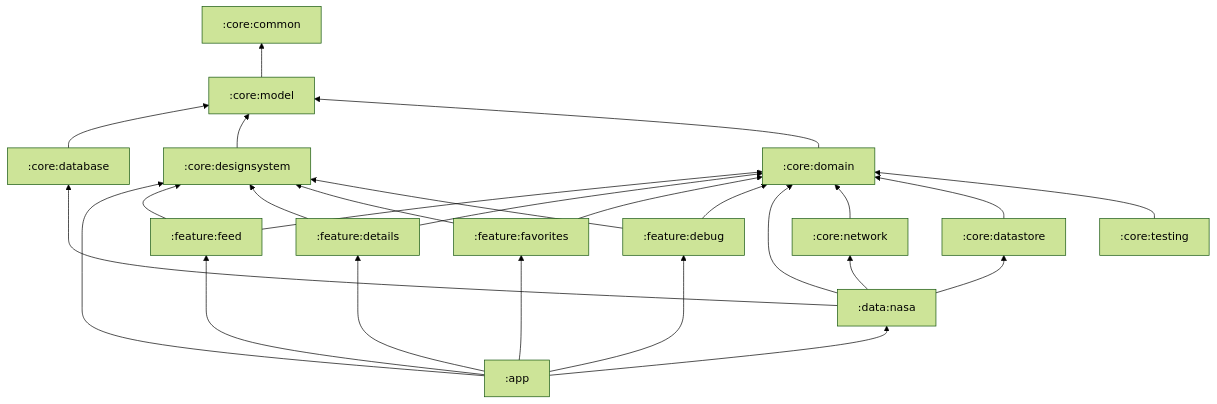
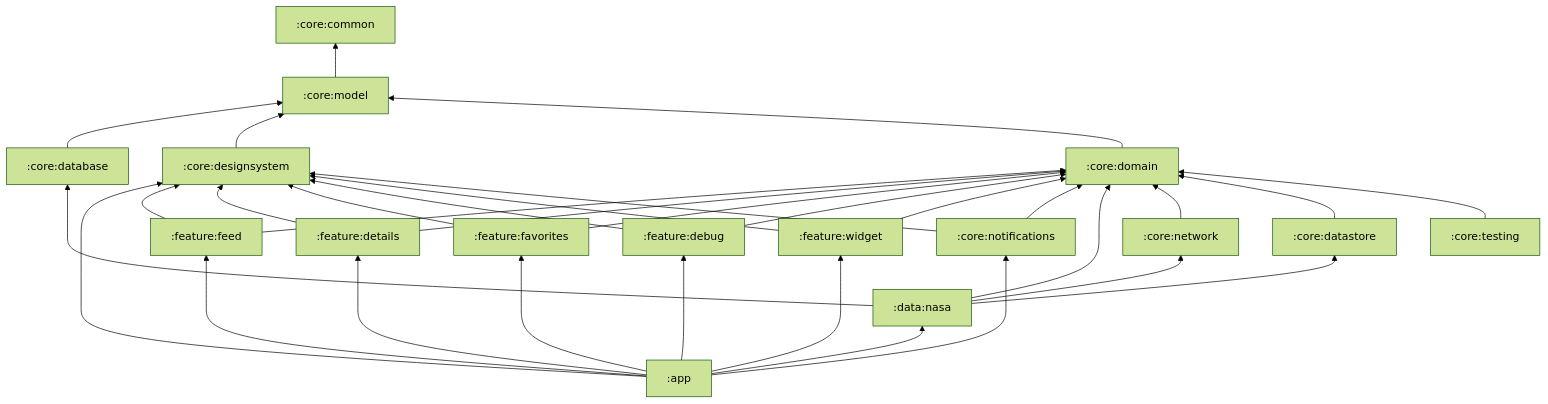
Before and after one commit to radustavila/Universe-Explorer: the second of 6 diagrams in README.md, drawn with Mermaid (forest theme). The commit also changed other lines of this file and 57 other files, not shown here.

First line of the commit message:
feat: home screen widget for the latest APOD and opt-in new-entry notifications

````diff
--- a/README.md
+++ b/README.md
@@ -101,50 +103,58 @@
 ```mermaid
 flowchart BT
     app[":app"]
 
     feedF[":feature:feed"]
     detailsF[":feature:details"]
     favoritesF[":feature:favorites"]
     debugF[":feature:debug"]
+    widgetF[":feature:widget"]
 
     nasa[":data:nasa"]
 
     network[":core:network"]
     database[":core:database"]
     datastore[":core:datastore"]
     designsystem[":core:designsystem"]
+    notifications[":core:notifications"]
     domain[":core:domain"]
     model[":core:model"]
     common[":core:common"]
     testing[":core:testing"]
 
     app --> feedF
     app --> detailsF
     app --> favoritesF
     app --> debugF
+    app --> widgetF
+    app --> notifications
     app --> nasa
     app --> designsystem
 
     feedF --> domain
     feedF --> designsystem
     detailsF --> domain
     detailsF --> designsystem
     favoritesF --> domain
     favoritesF --> designsystem
     debugF --> domain
     debugF --> designsystem
+    widgetF --> domain
+    widgetF --> designsystem
+    notifications --> domain
+    notifications --> designsystem
 
     nasa --> domain
     nasa --> network
     nasa --> database
     nasa --> datastore
 
     network --> domain
     datastore --> domain
     database --> model
     designsystem --> model
     domain --> model
     model --> common
 
     testing --> domain
 ```
````
